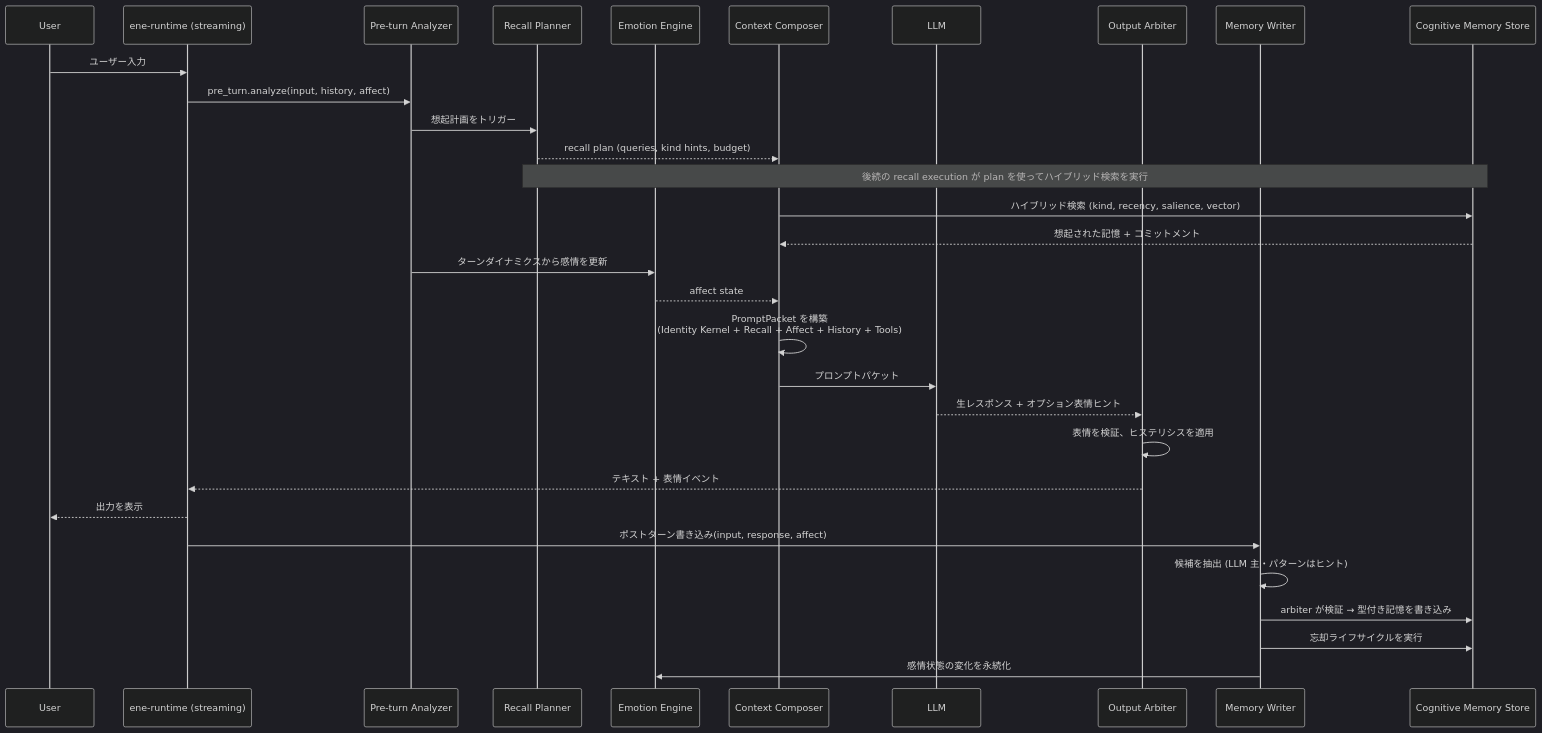
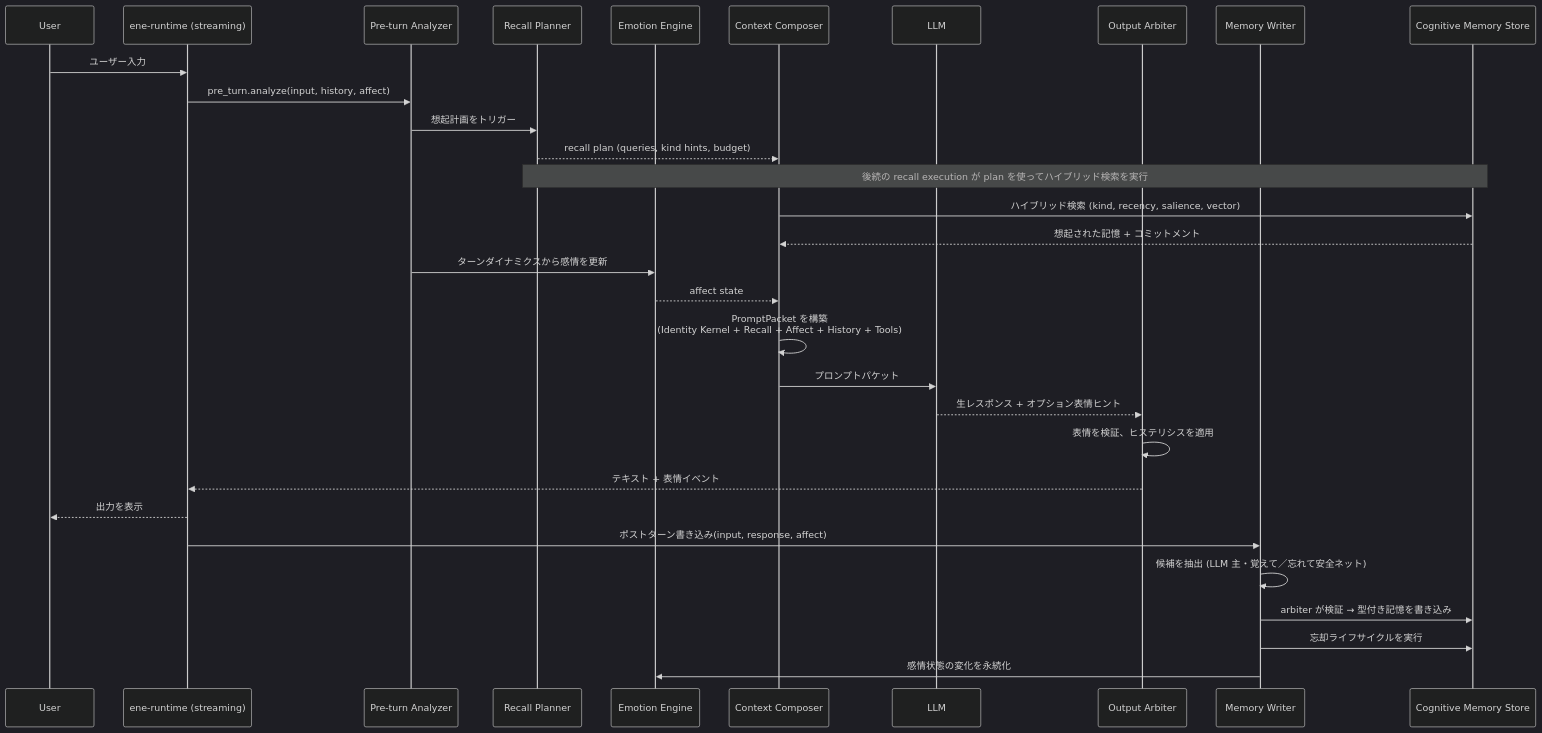
The diagram in docs/ja/architecture/cognitive-runtime.md (pexisgle/ene), drawn with Mermaid (dark theme) before and after one commit. The commit also changed other lines of this file and 14 other files, not shown here.

````diff
--- a/docs/ja/architecture/cognitive-runtime.md
+++ b/docs/ja/architecture/cognitive-runtime.md
@@ -66,34 +66,34 @@
 ```mermaid
 sequenceDiagram
     participant User
     participant Streaming as ene-runtime (streaming)
     participant PreTurn as Pre-turn Analyzer
     participant Recall as Recall Planner
     participant Emotion as Emotion Engine
     participant Composer as Context Composer
     participant LLM
     participant Arbiter as Output Arbiter
     participant Writer as Memory Writer
     participant Store as Cognitive Memory Store
 
     User->>Streaming: ユーザー入力
     Streaming->>PreTurn: pre_turn.analyze(input, history, affect)
     PreTurn->>Recall: 想起計画をトリガー
     Recall-->>Composer: recall plan (queries, kind hints, budget)
     Note over Recall,Store: 後続の recall execution が plan を使ってハイブリッド検索を実行
     Composer->>Store: ハイブリッド検索 (kind, recency, salience, vector)
     Store-->>Composer: 想起された記憶 + コミットメント
     PreTurn->>Emotion: ターンダイナミクスから感情を更新
     Emotion-->>Composer: affect state
     Composer->>Composer: PromptPacket を構築<br/>(Identity Kernel + Recall + Affect + History + Tools)
     Composer->>LLM: プロンプトパケット
     LLM-->>Arbiter: 生レスポンス + オプション表情ヒント
     Arbiter->>Arbiter: 表情を検証、ヒステリシスを適用
     Arbiter-->>Streaming: テキスト + 表情イベント
     Streaming-->>User: 出力を表示
     Streaming->>Writer: ポストターン書き込み(input, response, affect)
-    Writer->>Writer: 候補を抽出 (LLM 主・パターンはヒント)
+    Writer->>Writer: 候補を抽出 (LLM 主・覚えて／忘れて安全ネット)
     Writer->>Store: arbiter が検証 → 型付き記憶を書き込み
     Writer->>Store: 忘却ライフサイクルを実行
     Writer->>Emotion: 感情状態の変化を永続化
 ```
````
